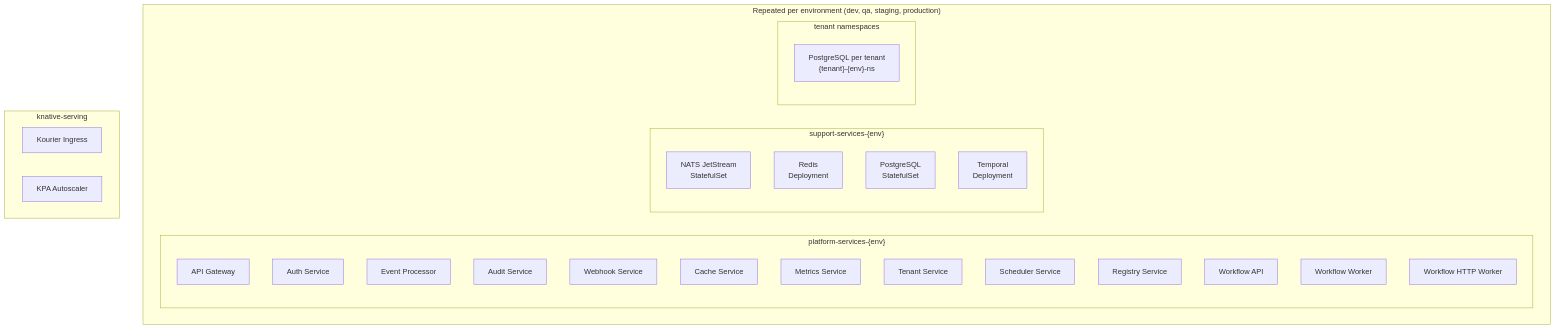
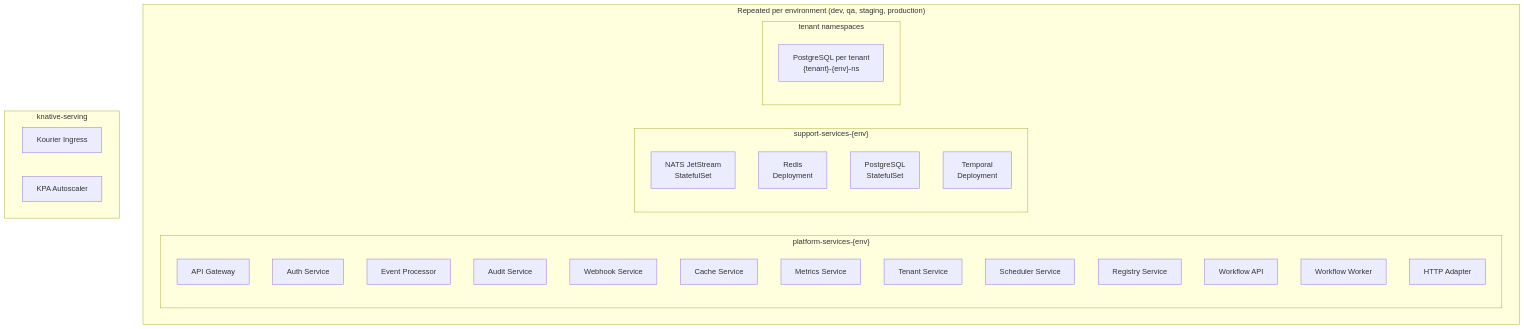
Before and after one commit to ccarnero/colloqui: diagram 15 of 16 in DOCS/ARCHITECTURE.md, drawn with Mermaid. The commit also changed other lines of this file and 431 other files, not shown here.

````diff
--- a/DOCS/ARCHITECTURE.md
+++ b/DOCS/ARCHITECTURE.md
@@ -662,36 +664,36 @@
 ```mermaid
 graph TB
     subgraph perEnv ["Repeated per environment (dev, qa, staging, production)"]
         subgraph platformSvc ["platform-services-{env}"]
             GW[API Gateway]
             AUTH[Auth Service]
             EP[Event Processor]
             AS[Audit Service]
             WH[Webhook Service]
             CS[Cache Service]
             MS[Metrics Service]
             TS[Tenant Service]
             SCHED[Scheduler Service]
             REG[Registry Service]
             WF_API[Workflow API]
             WF_W[Workflow Worker]
-            WF_H[Workflow HTTP Worker]
+            WF_H[HTTP Adapter]
         end
 
         subgraph supportSvc ["support-services-{env}"]
             NATS[NATS JetStream<br/>StatefulSet]
             Redis[Redis<br/>Deployment]
             PG[PostgreSQL<br/>StatefulSet]
             TMP[Temporal<br/>Deployment]
         end
 
         subgraph tenantNs ["tenant namespaces"]
             T_PG["PostgreSQL per tenant<br/>{tenant}-{env}-ns"]
         end
     end
 
     subgraph knativeServing [knative-serving]
         Kourier[Kourier Ingress]
         KPA[KPA Autoscaler]
     end
 ```
````
